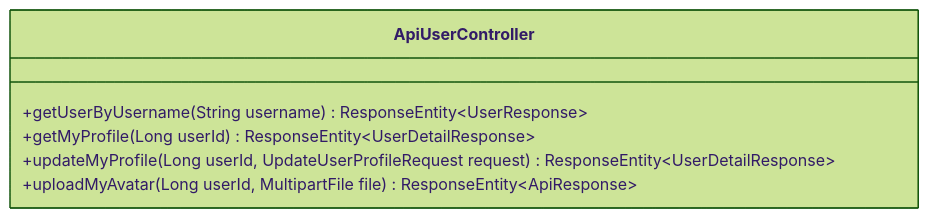
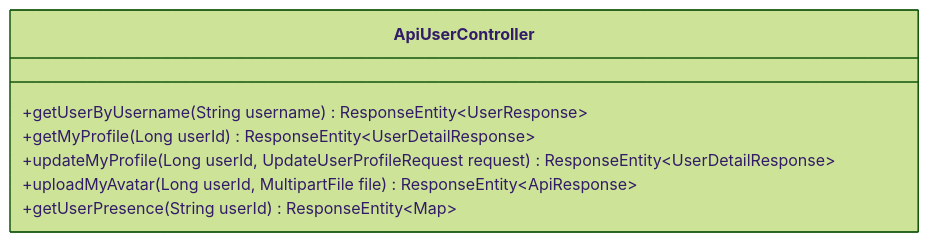
Before and after one commit to ximofam/web_game_chess_online: the diagram in docs/specs/users-spec.md, drawn with Mermaid (forest theme). The commit also changed other lines of this file, not shown here.

````diff
--- a/docs/specs/users-spec.md
+++ b/docs/specs/users-spec.md
@@ -17,9 +17,10 @@
 ```mermaid
 classDiagram
     class ApiUserController {
         +getUserByUsername(String username) ResponseEntity~UserResponse~
         +getMyProfile(Long userId) ResponseEntity~UserDetailResponse~
         +updateMyProfile(Long userId, UpdateUserProfileRequest request) ResponseEntity~UserDetailResponse~
         +uploadMyAvatar(Long userId, MultipartFile file) ResponseEntity~ApiResponse~
+        +getUserPresence(String userId) ResponseEntity~Map~
     }
 ```
````
